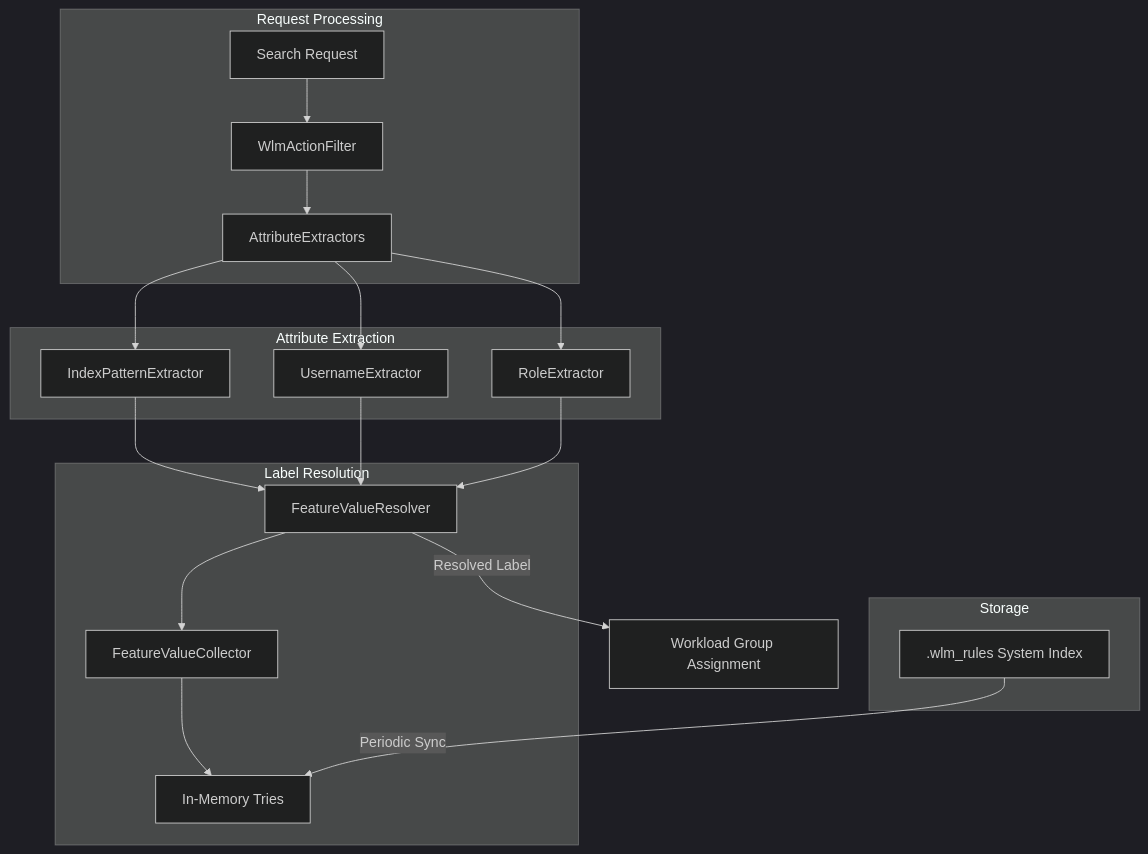
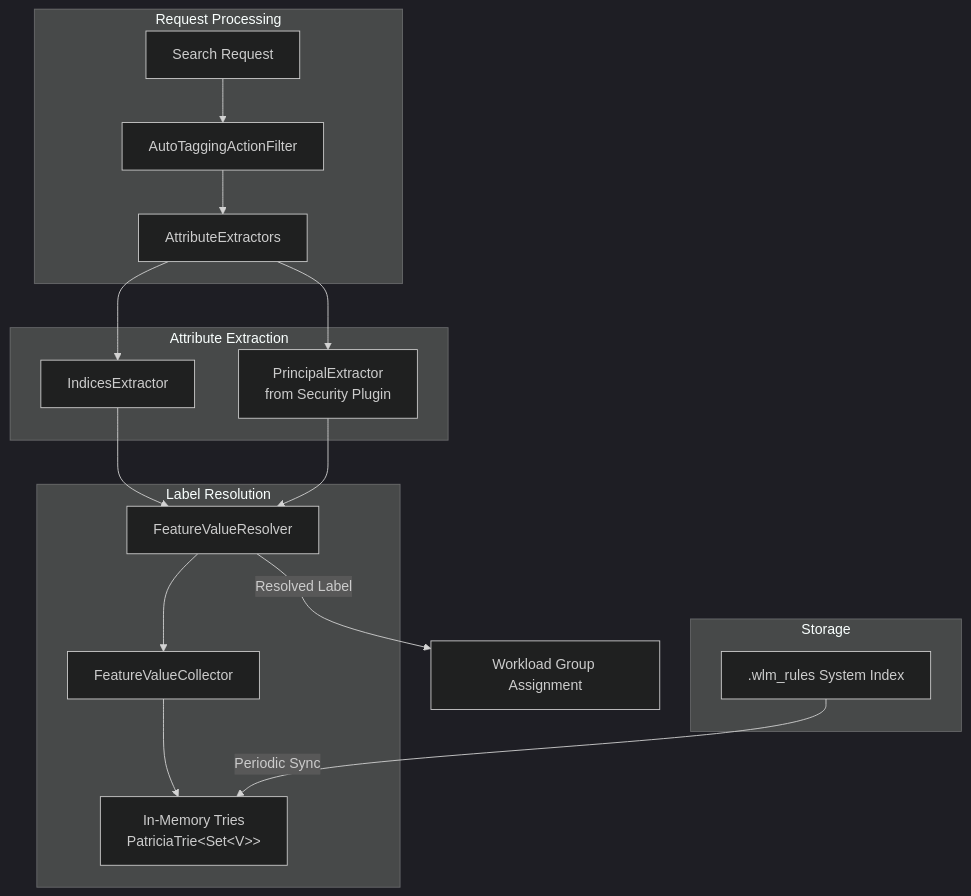
One commit to tkykenmt/opensearch-feature-explorer changed the diagram in docs/releases/v3.3.0/features/opensearch/rule-based-auto-tagging.md. Above: the diagram before and after it, drawn with Mermaid (dark theme). The commit also changed other lines of this file and 1 other file, not shown here.

First line of the commit message:
docs: update rule-based auto-tagging report for v3.3.0 (#1525)

````diff
--- a/docs/releases/v3.3.0/features/opensearch/rule-based-auto-tagging.md
+++ b/docs/releases/v3.3.0/features/opensearch/rule-based-auto-tagging.md
@@ -22,27 +22,25 @@
 ```mermaid
 graph TB
     subgraph "Request Processing"
-        REQ[Search Request] --> AF[WlmActionFilter]
+        REQ[Search Request] --> AF[AutoTaggingActionFilter]
         AF --> AE[AttributeExtractors]
     end
     
     subgraph "Attribute Extraction"
-        AE --> IPE[IndexPatternExtractor]
-        AE --> UE[UsernameExtractor]
-        AE --> RE[RoleExtractor]
+        AE --> IPE[IndicesExtractor]
+        AE --> PE[PrincipalExtractor<br/>from Security Plugin]
     end
     
     subgraph "Label Resolution"
         IPE --> FVR[FeatureValueResolver]
-        UE --> FVR
-        RE --> FVR
+        PE --> FVR
         FVR --> FVC[FeatureValueCollector]
-        FVC --> TRIE[In-Memory Tries]
+        FVC --> TRIE[In-Memory Tries<br/>PatriciaTrie&lt;Set&lt;V&gt;&gt;]
     end
     
     subgraph "Storage"
         RULES[.wlm_rules System Index] -->|Periodic Sync| TRIE
     end
     
     FVR -->|Resolved Label| WG[Workload Group Assignment]
 ```
````
